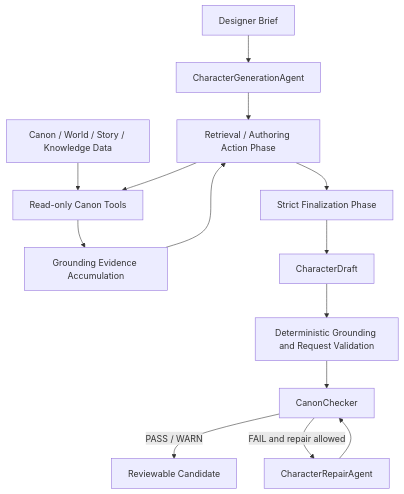
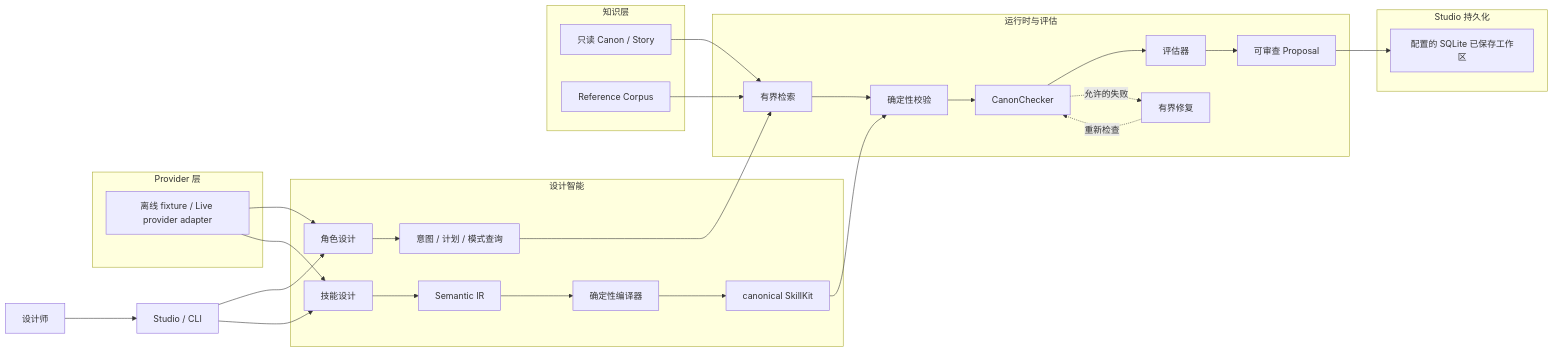
Before and after one commit to glt258/game-ai-agent: the diagram in README.zh-CN.md, drawn with Mermaid. The commit also changed other lines of this file and 1 other file, not shown here.

````diff
--- a/README.zh-CN.md
+++ b/README.zh-CN.md
@@ -76,16 +125,31 @@
 ```mermaid
-flowchart TD
-    brief[Designer Brief] --> agent[CharacterGenerationAgent]
-    canon[Canon / World / Story / Knowledge Data] --> tools[Read-only Canon Tools]
-    agent --> retrieval[Retrieval / Authoring Action Phase]
-    retrieval --> tools
-    tools --> evidence[Grounding Evidence Accumulation]
-    evidence --> retrieval
-    retrieval --> finalize[Strict Finalization Phase]
-    finalize --> draft[CharacterDraft]
-    draft --> validate[Deterministic Grounding and Request Validation]
-    validate --> checker[CanonChecker]
-    checker -->|PASS / WARN| review[Reviewable Candidate]
-    checker -->|FAIL and repair allowed| repair[CharacterRepairAgent]
-    repair --> checker
+flowchart LR
+    designer[设计师] --> ui[Studio / CLI]
+    subgraph intelligence[设计智能]
+        character[角色设计] --> intent[意图 / 计划 / 模式查询]
+        skill[技能设计] --> ir[Semantic IR] --> compiler[确定性编译器] --> kit[canonical SkillKit]
+    end
+    subgraph knowledge[知识层]
+        canon[只读 Canon / Story]
+        corpus[Reference Corpus]
+    end
+    subgraph runtime[运行时与评估]
+        retrieval[有界检索] --> validation[确定性校验] --> checker[CanonChecker] --> evaluator[评估器] --> review[可审查 Proposal]
+        checker -. 允许的失败 .-> repair[有界修复] -. 重新检查 .-> checker
+    end
+    subgraph provider[Provider 层]
+        adapters[离线 fixture / Live provider adapter]
+    end
+    subgraph persistence[Studio 持久化]
+        sqlite[配置的 SQLite 已保存工作区]
+    end
+    ui --> character
+    ui --> skill
+    intent --> retrieval
+    canon --> retrieval
+    corpus --> retrieval
+    kit --> validation
+    adapters --> character
+    adapters --> skill
+    review --> sqlite
 ```
````
